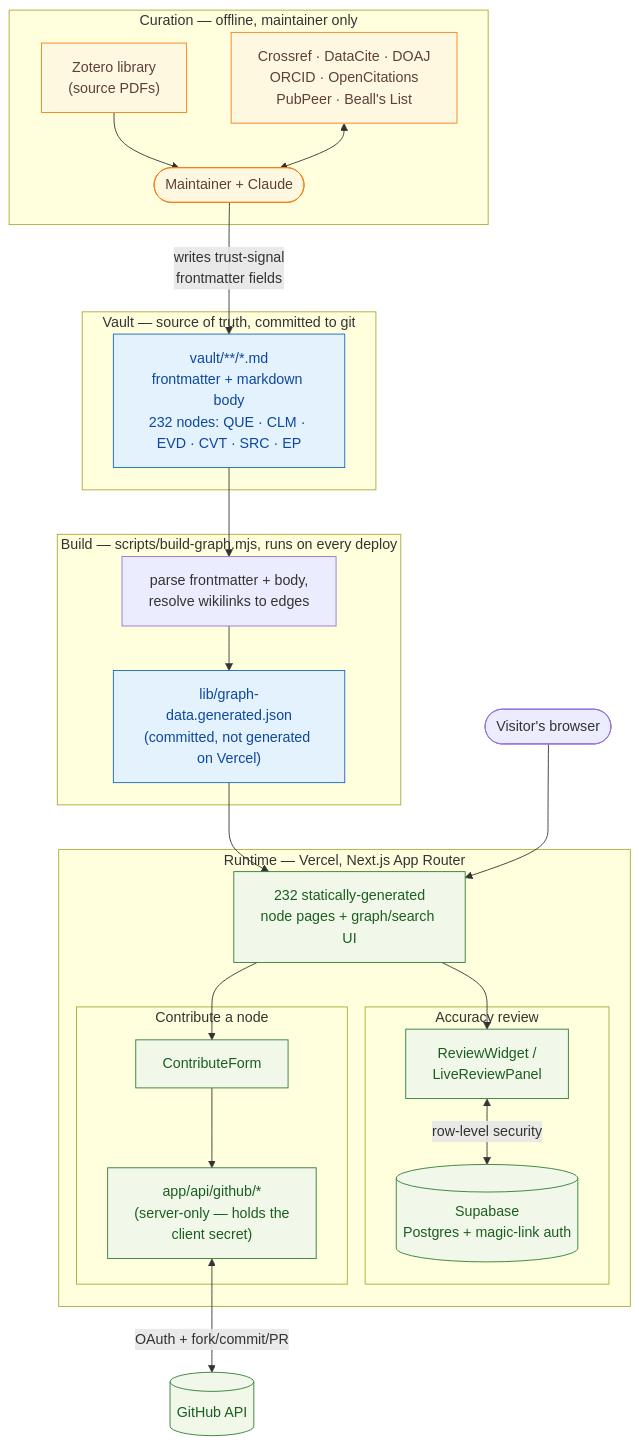
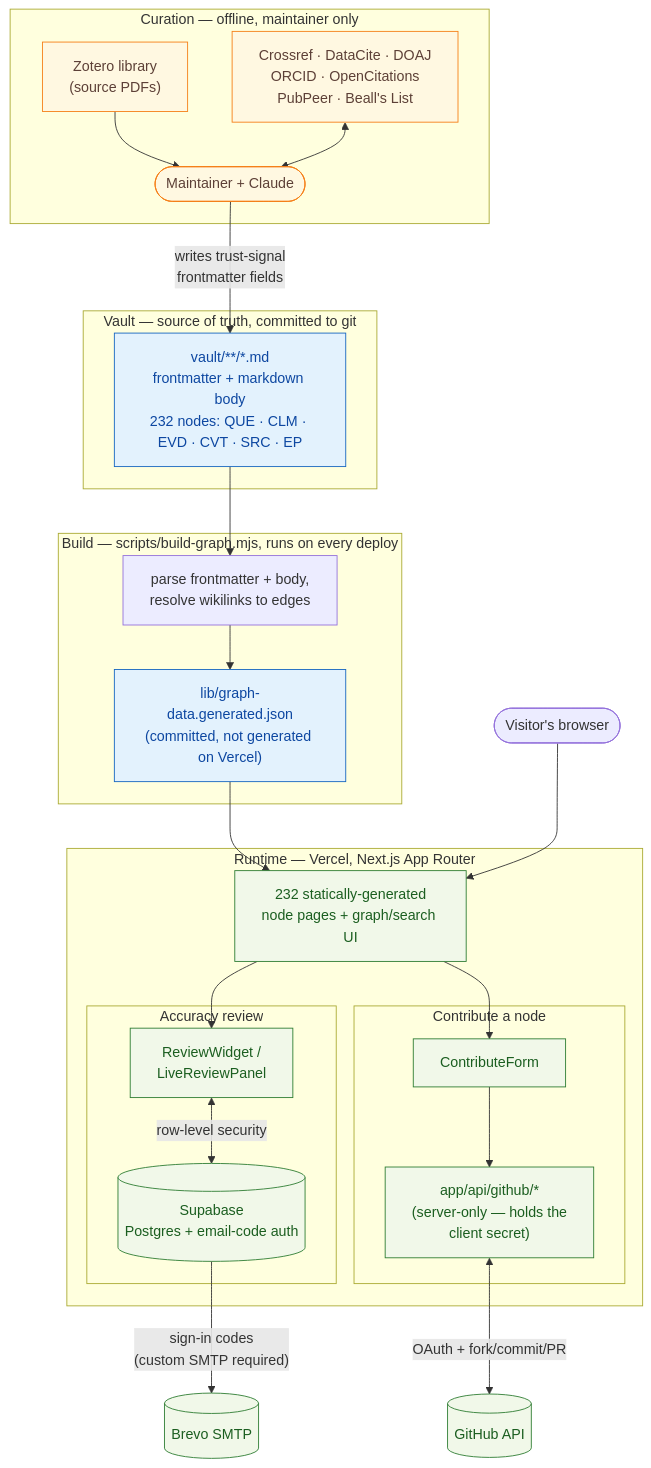
Before and after one commit to cdromcom/living-evidence-synthesis: the first of 2 diagrams in README.md, drawn with Mermaid. The commit also changed other lines of this file, not shown here.

First line of the commit message:
Document the Brevo SMTP dependency and diagram the sign-in flow

````diff
--- a/README.md
+++ b/README.md
@@ -18,55 +18,56 @@
 ```mermaid
 flowchart TB
     subgraph curation["Curation — offline, maintainer only"]
         zotero["Zotero library\n(source PDFs)"]
         apis["Crossref · DataCite · DOAJ\nORCID · OpenCitations\nPubPeer · Beall's List"]
         maintainer(["Maintainer + Claude"])
         zotero --> maintainer
         apis <--> maintainer
     end
 
     subgraph vault["Vault — source of truth, committed to git"]
         md["vault/**/*.md\nfrontmatter + markdown body\n232 nodes: QUE · CLM · EVD · CVT · SRC · EP"]
     end
 
     maintainer -->|"writes trust-signal\nfrontmatter fields"| md
 
     subgraph build["Build — scripts/build-graph.mjs, runs on every deploy"]
         parse["parse frontmatter + body,\nresolve wikilinks to edges"]
         json["lib/graph-data.generated.json\n(committed, not generated on Vercel)"]
         parse --> json
     end
 
     md --> parse
 
     subgraph runtime["Runtime — Vercel, Next.js App Router"]
         pages["232 statically-generated\nnode pages + graph/search UI"]
         json --> pages
 
         subgraph review["Accuracy review"]
             reviewwidget["ReviewWidget /\nLiveReviewPanel"]
-            supabase[("Supabase\nPostgres + magic-link auth")]
+            supabase[("Supabase\nPostgres + email-code auth")]
             reviewwidget <-->|"row-level security"| supabase
         end
 
         subgraph contribute["Contribute a node"]
             contributeform["ContributeForm"]
             apiroutes["app/api/github/*\n(server-only — holds the\nclient secret)"]
             contributeform --> apiroutes
         end
 
         pages --> reviewwidget
         pages --> contributeform
     end
 
     apiroutes <-->|"OAuth + fork/commit/PR"| github[("GitHub API")]
+    supabase -->|"sign-in codes\n(custom SMTP required)"| brevo[("Brevo SMTP")]
 
     browser(["Visitor's browser"]) --> pages
 
     classDef offline fill:#FFF8E1,stroke:#F57F17,color:#5D4037;
     classDef store fill:#E3F2FD,stroke:#1565C0,color:#0D47A1;
     classDef live fill:#F1F8E9,stroke:#2E7D32,color:#1B5E20;
     class zotero,apis,maintainer offline;
     class md,json store;
-    class supabase,github,pages,reviewwidget,contributeform,apiroutes live;
+    class supabase,github,brevo,pages,reviewwidget,contributeform,apiroutes live;
 ```
````
